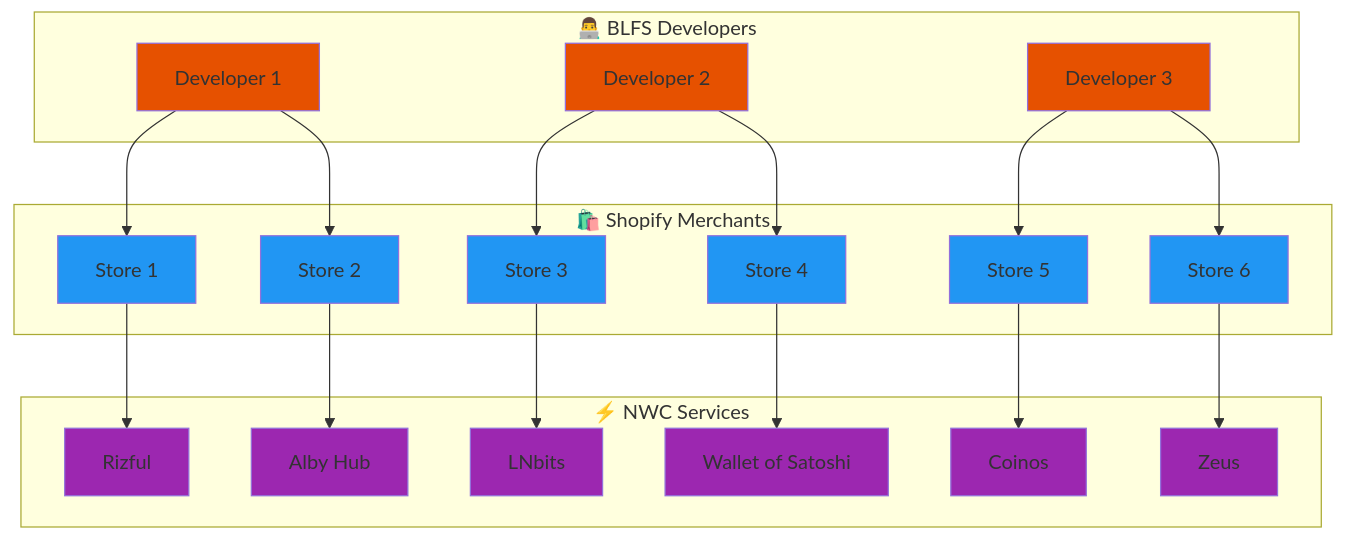
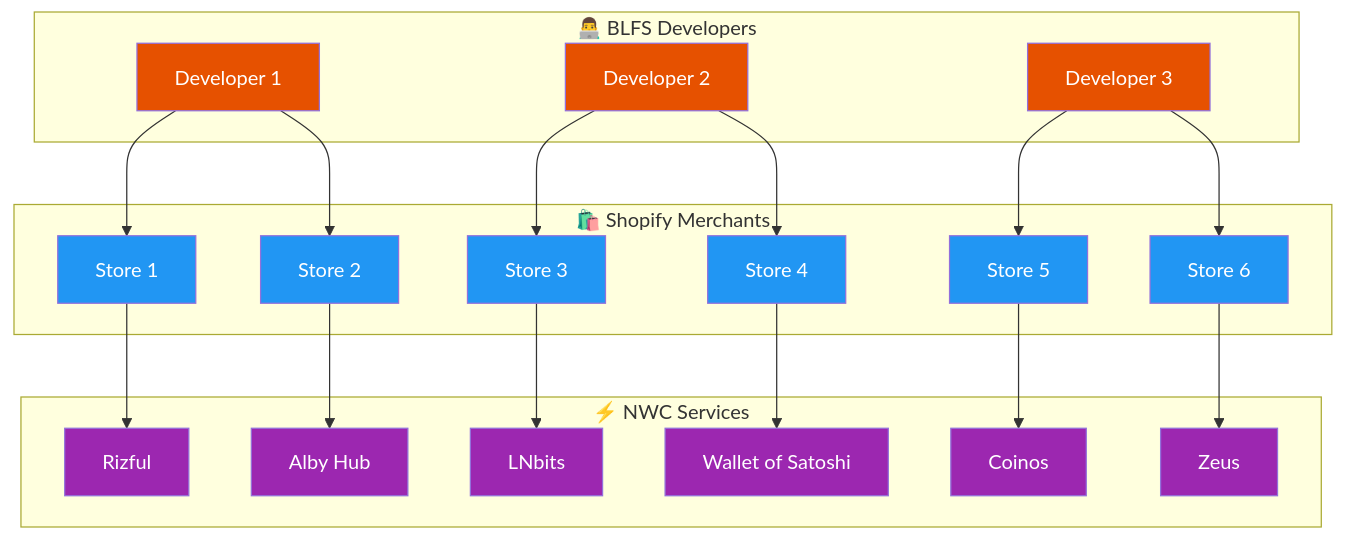
The third of 3 diagrams in readme.md (MegalithicBTC/BLFS), drawn with Mermaid before and after one commit. The commit also changed other lines of this file, not shown here.

Commit message:
commit before branch push

````diff
--- a/readme.md
+++ b/readme.md
@@ -67,56 +67,56 @@
 ```mermaid
 graph TB
   subgraph Devs["👨‍💻 BLFS Developers"]
     D1["Developer 1"]
     D2["Developer 2"]
     D3["Developer 3"]
   end
 
   subgraph Merchants["🛍️ Shopify Merchants"]
     M1["Store 1"]
     M2["Store 2"]
     M3["Store 3"]
     M4["Store 4"]
     M5["Store 5"]
     M6["Store 6"]
   end
 
   subgraph NWC["⚡ NWC Services"]
     N1["Rizful"]
     N2["Alby Hub"]
     N3["LNbits"]
     N4["Coinos"]
     N5["Wallet of Satoshi"]
     N6["Zeus"]
   end
 
   D1 --> M1
   D1 --> M2
   D2 --> M3
   D2 --> M4
   D3 --> M5
   D3 --> M6
 
   M1 --> N1
   M2 --> N2
   M3 --> N3
   M4 --> N5
   M5 --> N4
   M6 --> N6
   
-  style D1 fill:#e65100
-  style D2 fill:#e65100
-  style D3 fill:#e65100
-  style M1 fill:#2196f3
-  style M2 fill:#2196f3
-  style M3 fill:#2196f3
-  style M4 fill:#2196f3
-  style M5 fill:#2196f3
-  style M6 fill:#2196f3
-  style N1 fill:#9c27b0
-  style N2 fill:#9c27b0
-  style N3 fill:#9c27b0
-  style N4 fill:#9c27b0
-  style N5 fill:#9c27b0
-  style N6 fill:#9c27b0
+  style D1 fill:#e65100,color:#fff
+  style D2 fill:#e65100,color:#fff
+  style D3 fill:#e65100,color:#fff
+  style M1 fill:#2196f3,color:#fff
+  style M2 fill:#2196f3,color:#fff
+  style M3 fill:#2196f3,color:#fff
+  style M4 fill:#2196f3,color:#fff
+  style M5 fill:#2196f3,color:#fff
+  style M6 fill:#2196f3,color:#fff
+  style N1 fill:#9c27b0,color:#fff
+  style N2 fill:#9c27b0,color:#fff
+  style N3 fill:#9c27b0,color:#fff
+  style N4 fill:#9c27b0,color:#fff
+  style N5 fill:#9c27b0,color:#fff
+  style N6 fill:#9c27b0,color:#fff
 ```
````
